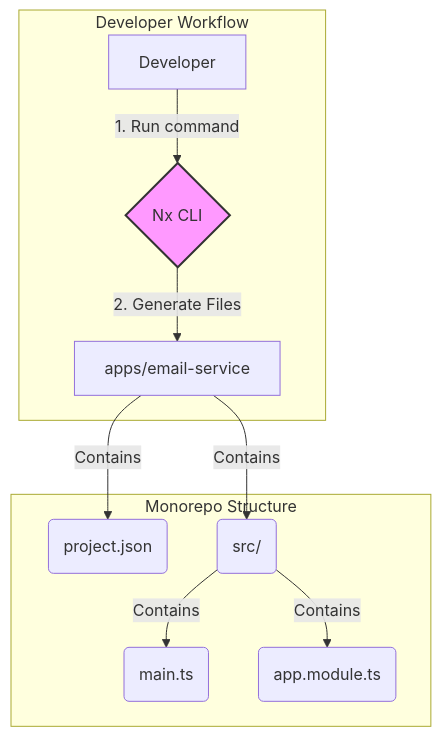
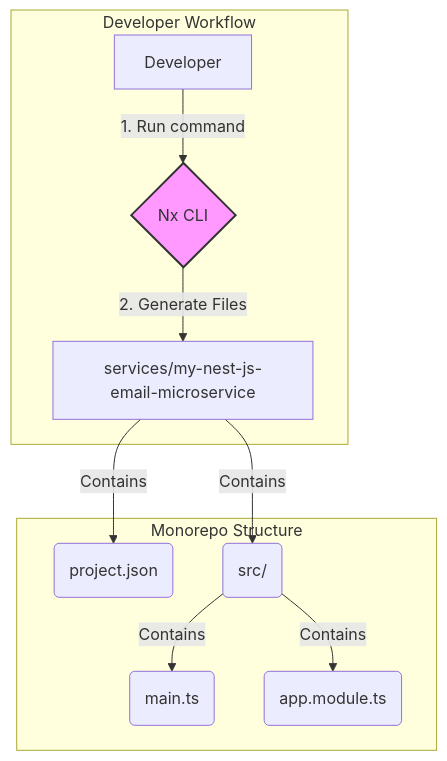
Before and after one commit to EmperorRAG/my-projects-monorepo: the diagram in docs/ways-of-work/plan/nest-js-email-microservice/new-nx-application/implementation-plan.md, drawn with Mermaid. The commit also changed other lines of this file and 4 other files, not shown here.

Commit message:
fix: update application references from 'email-service' to 'my-nest-js-email-microservice' in documentation and configuration files

````diff
--- a/docs/ways-of-work/plan/nest-js-email-microservice/new-nx-application/implementation-plan.md
+++ b/docs/ways-of-work/plan/nest-js-email-microservice/new-nx-application/implementation-plan.md
@@ -21,16 +21,16 @@
 ```mermaid
 graph TD
     subgraph Developer Workflow
         A[Developer] -->|1. Run command| B{Nx CLI};
-        B -->|2. Generate Files| C[apps/email-service];
+        B -->|2. Generate Files| C[services/my-nest-js-email-microservice];
     end
 
     subgraph Monorepo Structure
         C -- Contains --> D(project.json);
         C -- Contains --> E(src/);
         E -- Contains --> F(main.ts);
         E -- Contains --> G(app.module.ts);
     end
 
     style B fill:#f9f,stroke:#333,stroke-width:2px
 ```
````
